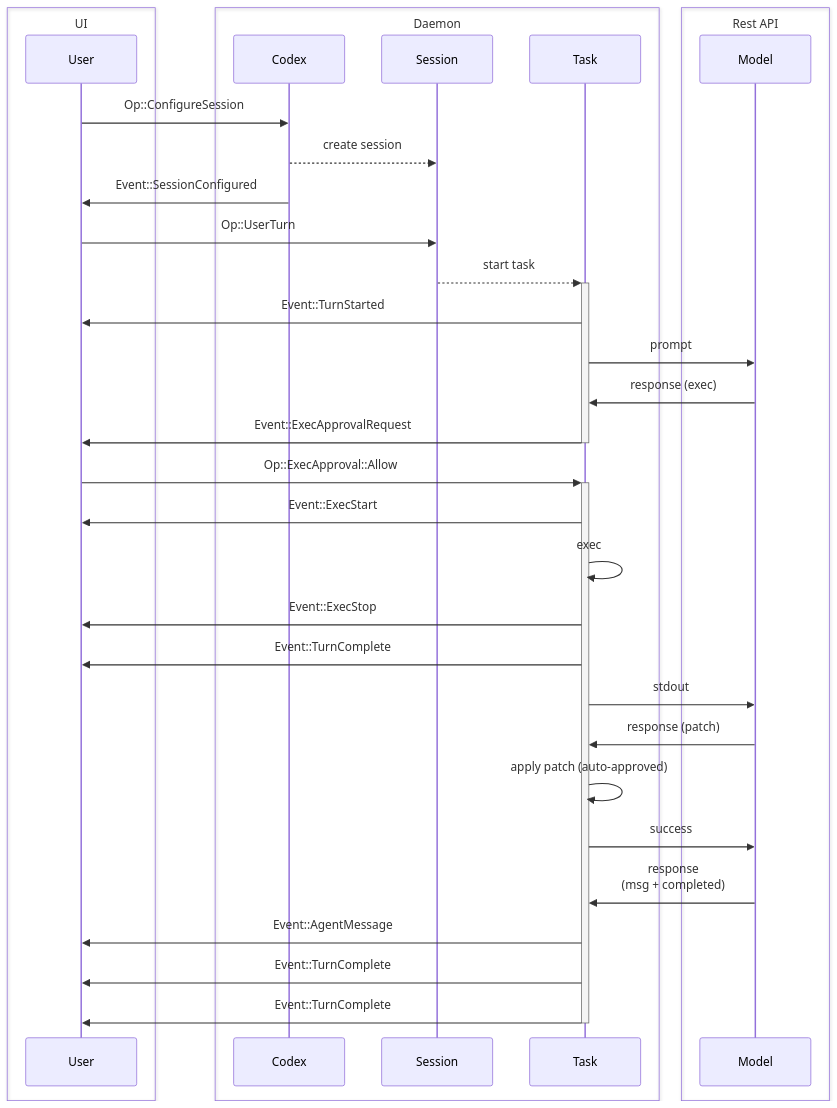
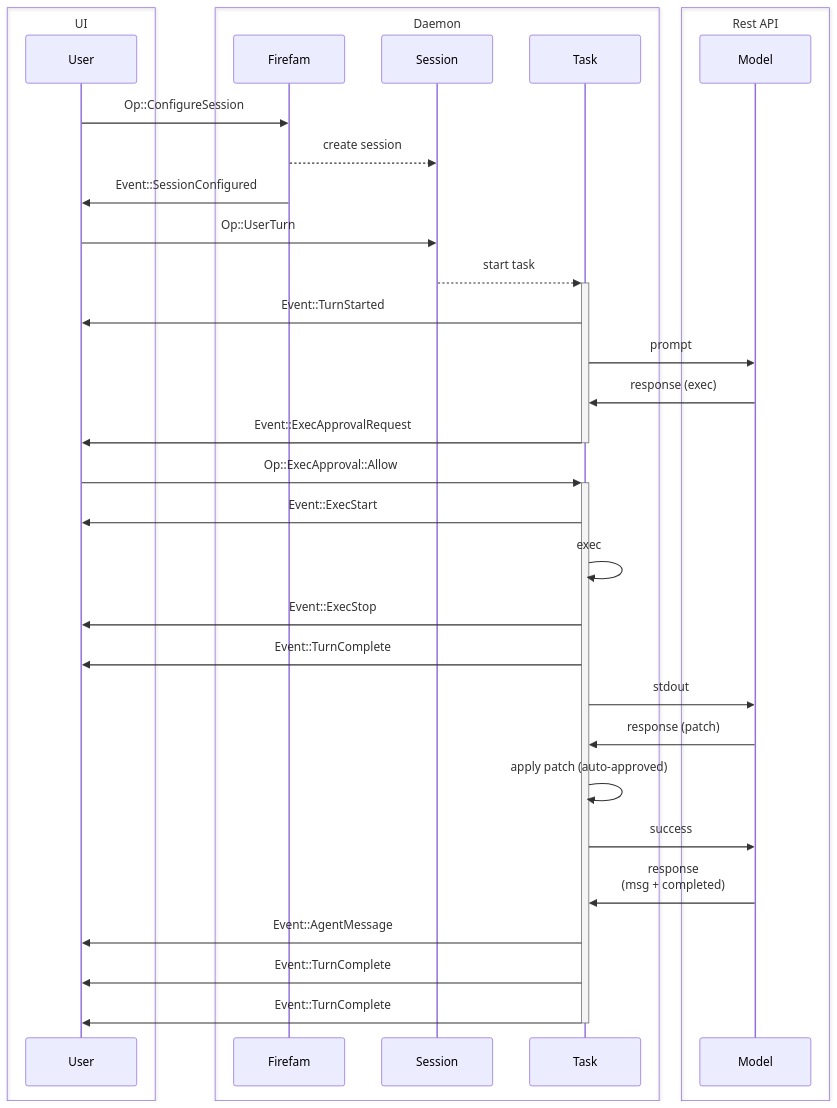
The first of 2 diagrams in codex-rs/docs/protocol_v1.md (firefam/firefam-cli), drawn with Mermaid before and after one commit. The commit also changed 349 other files, not shown here.

````diff
--- a/codex-rs/docs/protocol_v1.md
+++ b/codex-rs/docs/protocol_v1.md
@@ -116,36 +116,36 @@
 ```mermaid
 sequenceDiagram
     box UI
     participant user as User
     end
     box Daemon
-    participant codex as Codex
+    participant codex as Firefam
     participant session as Session
     participant task as Task
     end
     box Rest API
     participant agent as Model
     end
     user->>codex: Op::ConfigureSession
     codex-->>session: create session
     codex->>user: Event::SessionConfigured
     user->>session: Op::UserTurn
     session-->>+task: start task
     task->>user: Event::TurnStarted
     task->>agent: prompt
     agent->>task: response (exec)
     task->>-user: Event::ExecApprovalRequest
     user->>+task: Op::ExecApproval::Allow
     task->>user: Event::ExecStart
     task->>task: exec
     task->>user: Event::ExecStop
     task->>user: Event::TurnComplete
     task->>agent: stdout
     agent->>task: response (patch)
     task->>task: apply patch (auto-approved)
     task->>agent: success
     agent->>task: response<br/>(msg + completed)
     task->>user: Event::AgentMessage
     task->>user: Event::TurnComplete
     task->>-user: Event::TurnComplete
 ```
````
